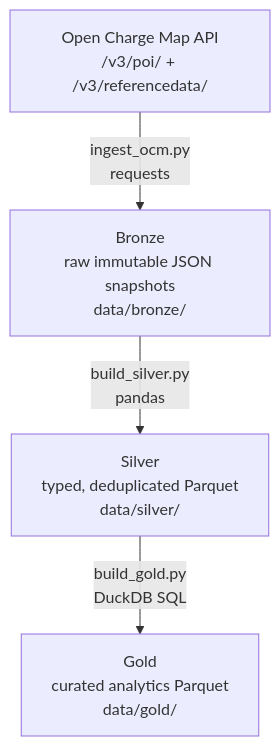
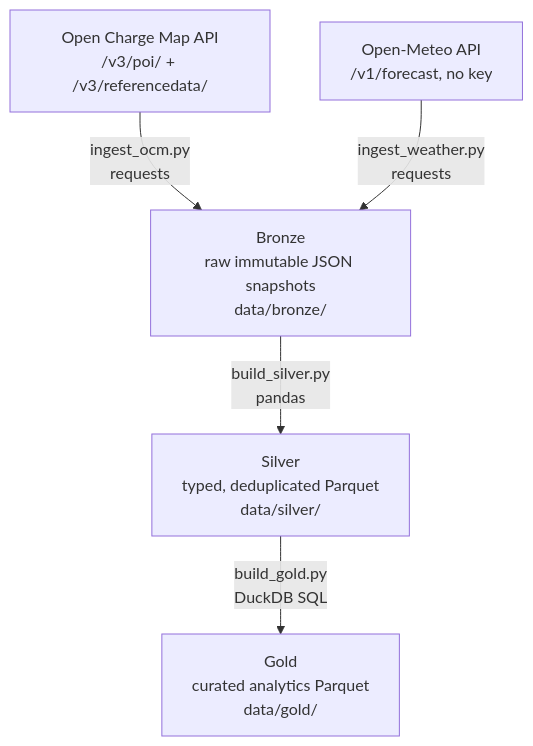
Before and after one commit to Vkbhat3904/EV_Charge_IQ: the diagram in README.md, drawn with Mermaid. The commit also changed other lines of this file, not shown here.

Commit message:
Update README: document weather ingestion stage and gold weather_daily table

````diff
--- a/README.md
+++ b/README.md
@@ -7,7 +7,8 @@
 ```mermaid
 flowchart TD
     A[Open Charge Map API<br/>/v3/poi/ + /v3/referencedata/] -->|ingest_ocm.py<br/>requests| B
+    W[Open-Meteo API<br/>/v1/forecast, no key] -->|ingest_weather.py<br/>requests| B
     B[Bronze<br/>raw immutable JSON snapshots<br/>data/bronze/] -->|build_silver.py<br/>pandas| C
     C[Silver<br/>typed, deduplicated Parquet<br/>data/silver/] -->|build_gold.py<br/>DuckDB SQL| D
     D[Gold<br/>curated analytics Parquet<br/>data/gold/]
 ```
````
